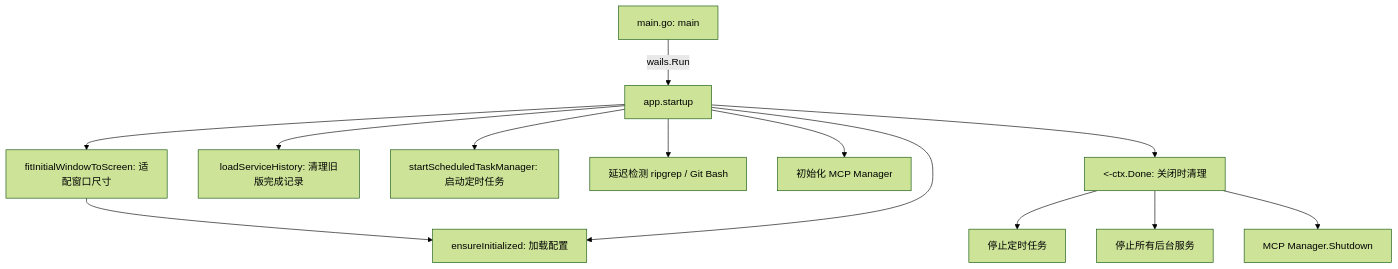
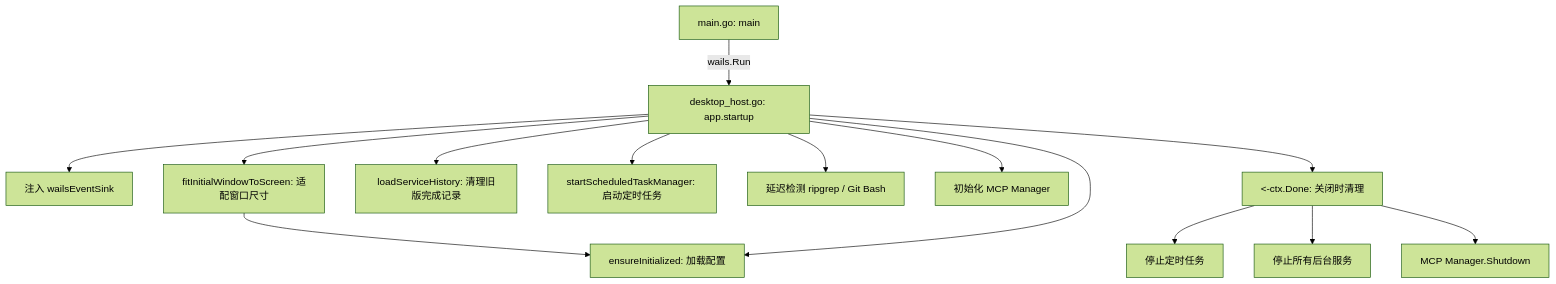
One commit to Bronya0/ally-agent changed the first of 5 diagrams in CODEGRAPH.md. Above: the diagram before and after it, drawn with Mermaid (forest theme). The commit also changed other lines of this file and 5 other files, not shown here.

Commit message:
decouple agent core from desktop host

````diff
--- a/CODEGRAPH.md
+++ b/CODEGRAPH.md
@@ -62,15 +73,16 @@
 ```mermaid
 flowchart TD
-    main[main.go: main] -->|wails.Run| startup[app.startup]
+    main[main.go: main] -->|wails.Run| startup[desktop_host.go: app.startup]
+    startup --> sink[注入 wailsEventSink]
     startup --> fitWin[fitInitialWindowToScreen: 适配窗口尺寸]
     fitWin --> initCfg[ensureInitialized: 加载配置]
     startup --> initCfg
     startup --> cleanupServices[loadServiceHistory: 清理旧版完成记录]
     startup --> startSched[startScheduledTaskManager: 启动定时任务]
     startup --> checkDep[延迟检测 ripgrep / Git Bash]
     startup --> mcpInit[初始化 MCP Manager]
     startup --> ctxDone[<-ctx.Done: 关闭时清理]
     ctxDone --> stopSched[停止定时任务]
     ctxDone --> stopServices[停止所有后台服务]
     ctxDone --> mcpShutdown[MCP Manager.Shutdown]
 ```
````
